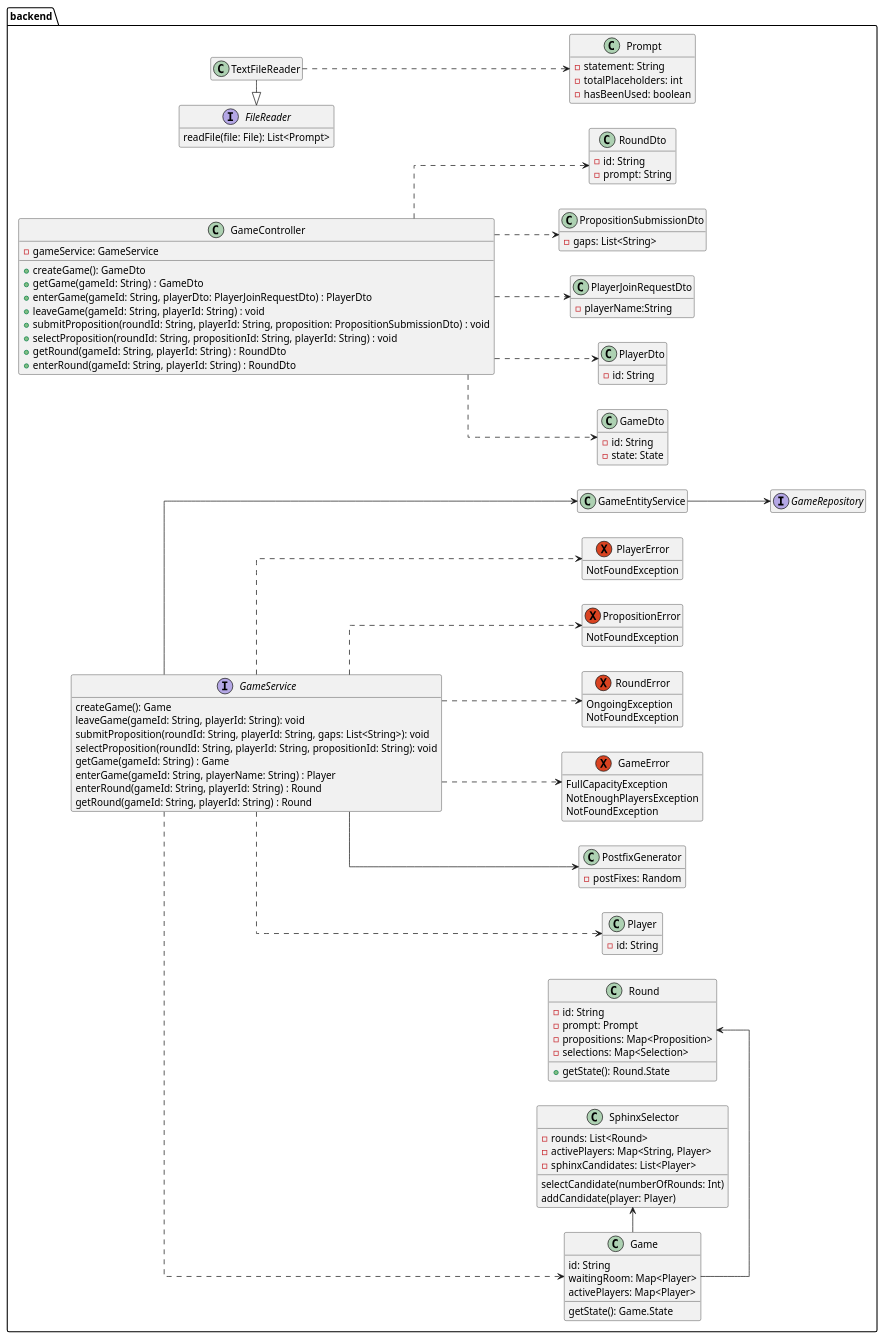
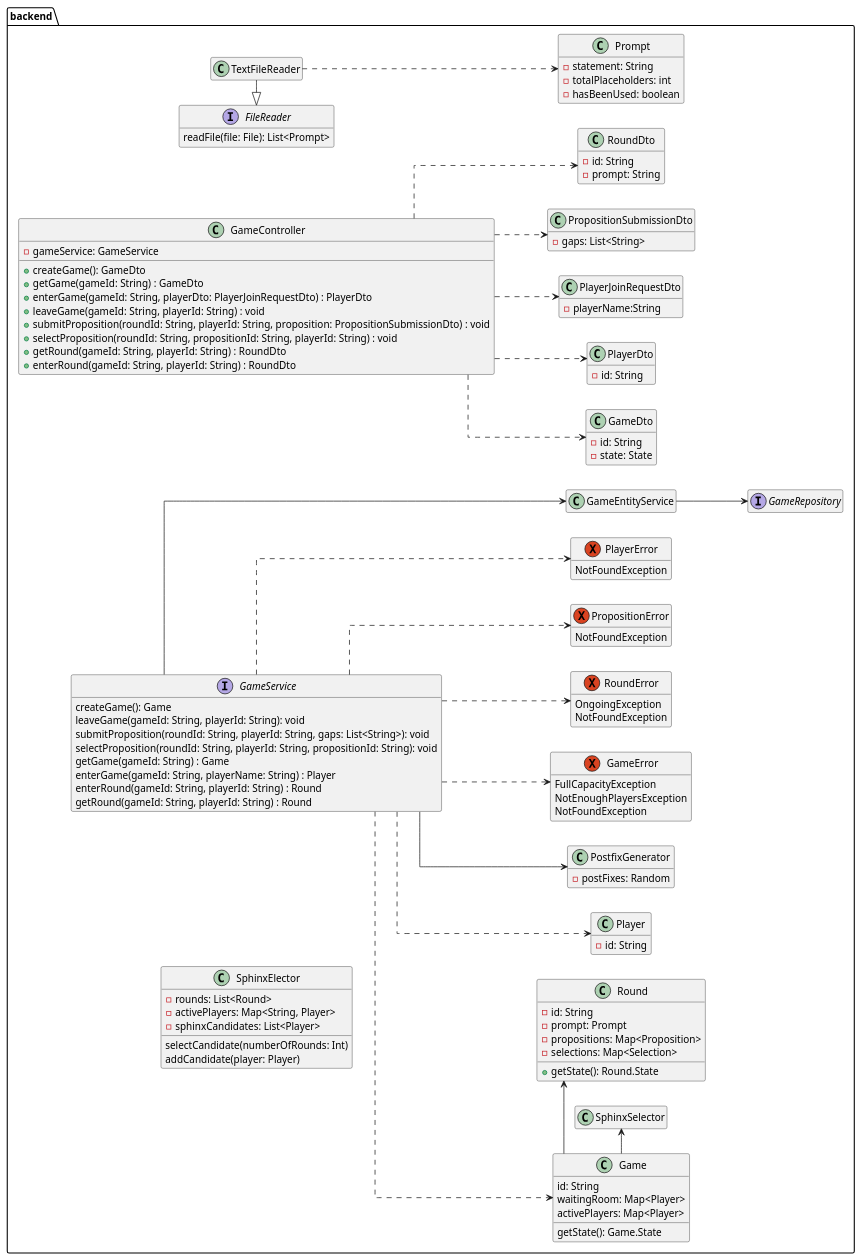
Before and after one commit to patrickwinti/worldwidewalter: the diagram in docs/diagrams/class_diagramm.plantuml, drawn with PlantUML.

Commit message:
[WWW-90] fixes class diagramm

```diff
--- a/docs/diagrams/class_diagramm.plantuml
+++ b/docs/diagrams/class_diagramm.plantuml
@@ -1,122 +1,122 @@
 @startuml
 package backend{
     left to right direction
     skinparam linetype ortho
 
     hide empty members
     class GameController {
         -gameService: GameService
         +createGame(): GameDto
         +getGame(gameId: String) : GameDto
         +enterGame(gameId: String, playerDto: PlayerJoinRequestDto) : PlayerDto
         +leaveGame(gameId: String, playerId: String) : void
         +submitProposition(roundId: String, playerId: String, proposition: PropositionSubmissionDto) : void
         +selectProposition(roundId: String, propositionId: String, playerId: String) : void
         +getRound(gameId: String, playerId: String) : RoundDto
         +enterRound(gameId: String, playerId: String) : RoundDto
     }
     class GameDto {
         -id: String
         -state: State
     }
     class Game {
         id: String
         waitingRoom: Map<Player>
         activePlayers: Map<Player>
         getState(): Game.State
     }
     class Prompt{
         -statement: String
         -totalPlaceholders: int
         -hasBeenUsed: boolean
     }
 
     interface GameService{
        createGame(): Game
        leaveGame(gameId: String, playerId: String): void
        submitProposition(roundId: String, playerId: String, gaps: List<String>): void
        selectProposition(roundId: String, playerId: String, propositionId: String): void
        getGame(gameId: String) : Game
        enterGame(gameId: String, playerName: String) : Player
        enterRound(gameId: String, playerId: String) : Round
        getRound(gameId: String, playerId: String) : Round
     }
     interface GameRepository
     class PlayerDto {
         -id: String
     }
     class PlayerJoinRequestDto {
         -playerName:String
     }
     class PropositionSubmissionDto {
         -gaps: List<String>
     }
     class RoundDto {
         -id: String
         -prompt: String
     }
     class Player {
         -id: String
     }
     class Round {
         -id: String
         -prompt: Prompt
         -propositions: Map<Proposition>
         -selections: Map<Selection>
         +getState(): Round.State
     }
     class PostfixGenerator {
         -postFixes: Random
     }
     exception GameError {
         FullCapacityException
         NotEnoughPlayersException
         NotFoundException
     }
     exception RoundError {
         OngoingException
         NotFoundException
     }
     exception PropositionError {
         NotFoundException
     }
     exception PlayerError {
         NotFoundException
     }
 
     interface FileReader{
         readFile(file: File): List<Prompt>
     }
 
     class TextFileReader
-    class SphinxSelector {
+    class SphinxElector {
         -rounds: List<Round>
         -activePlayers: Map<String, Player>
         -sphinxCandidates: List<Player>
         selectCandidate(numberOfRounds: Int)
         addCandidate(player: Player)
     }
 
     GameController..>PlayerDto
     GameController..>PlayerJoinRequestDto
     GameController..>PropositionSubmissionDto
     GameController..>RoundDto
     GameController ..> GameDto
 
     GameService ..> Game
     GameService ..> Player
     GameService ..> GameError
     GameService ..> RoundError
     GameService ..> PlayerError
     GameService ..> PropositionError
     GameService --> GameEntityService
     GameService --> PostfixGenerator
 
     GameEntityService --> GameRepository
 
     TextFileReader ..> Prompt
     FileReader<|-TextFileReader
 
     Game -> Round
     Game -> SphinxSelector
 @enduml
```
